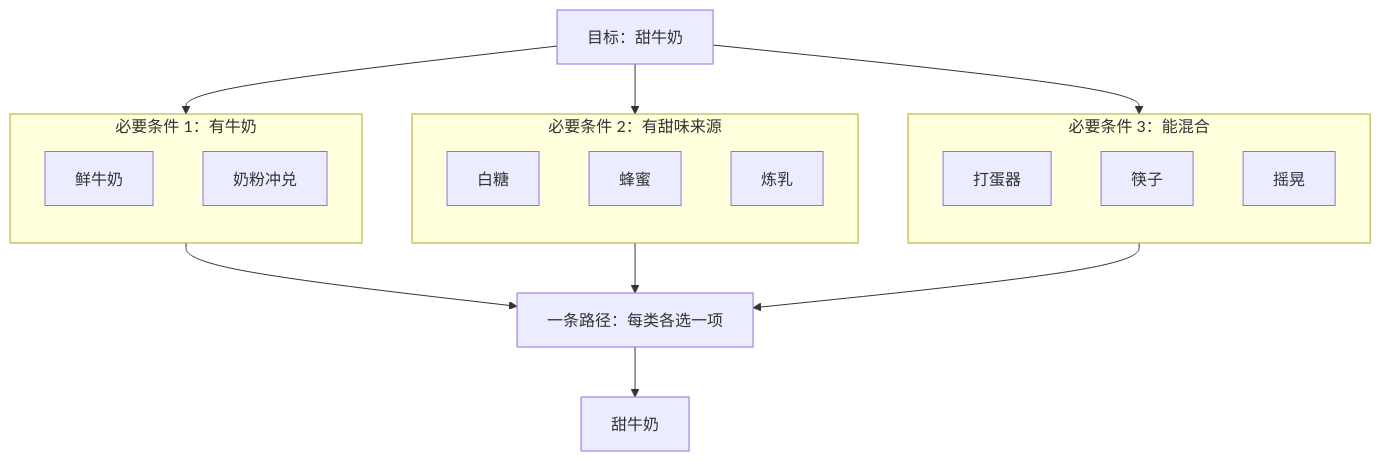
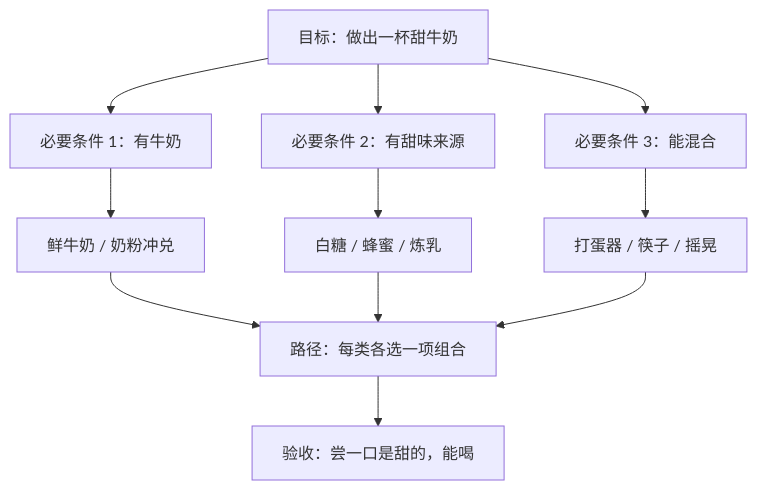
The second of 2 diagrams in docs/GOAL.md (morewhyhan/Ignite), drawn with Mermaid before and after one commit. The commit also changed 1 other file, not shown here.

Commit message:
docs: draw the milk example as a pyramid

````diff
--- a/docs/GOAL.md
+++ b/docs/GOAL.md
@@ -152,28 +152,22 @@
 ```mermaid
 flowchart TD
-  G["目标：甜牛奶"]
-  subgraph C1["必要条件 1：有牛奶"]
-    direction TB
-    C1a["鲜牛奶"]
-    C1b["奶粉冲兑"]
-  end
-  subgraph C2["必要条件 2：有甜味来源"]
-    direction TB
-    C2a["白糖"]
-    C2b["蜂蜜"]
-    C2c["炼乳"]
-  end
-  subgraph C3["必要条件 3：能混合"]
-    direction TB
-    C3a["打蛋器"]
-    C3b["筷子"]
-    C3c["摇晃"]
-  end
-  G --> C1
-  G --> C2
-  G --> C3
-  C1 --> P["一条路径：每类各选一项"]
-  C2 --> P
-  C3 --> P
-  P --> R["甜牛奶"]
+  G["目标：做出一杯甜牛奶"]
+  N1["必要条件 1：有牛奶"]
+  N2["必要条件 2：有甜味来源"]
+  N3["必要条件 3：能混合"]
+  G --> N1
+  G --> N2
+  G --> N3
+  O1["鲜牛奶 / 奶粉冲兑"]
+  O2["白糖 / 蜂蜜 / 炼乳"]
+  O3["打蛋器 / 筷子 / 摇晃"]
+  N1 --> O1
+  N2 --> O2
+  N3 --> O3
+  P["路径：每类各选一项组合"]
+  O1 --> P
+  O2 --> P
+  O3 --> P
+  R["验收：尝一口是甜的，能喝"]
+  P --> R
 ```
````
